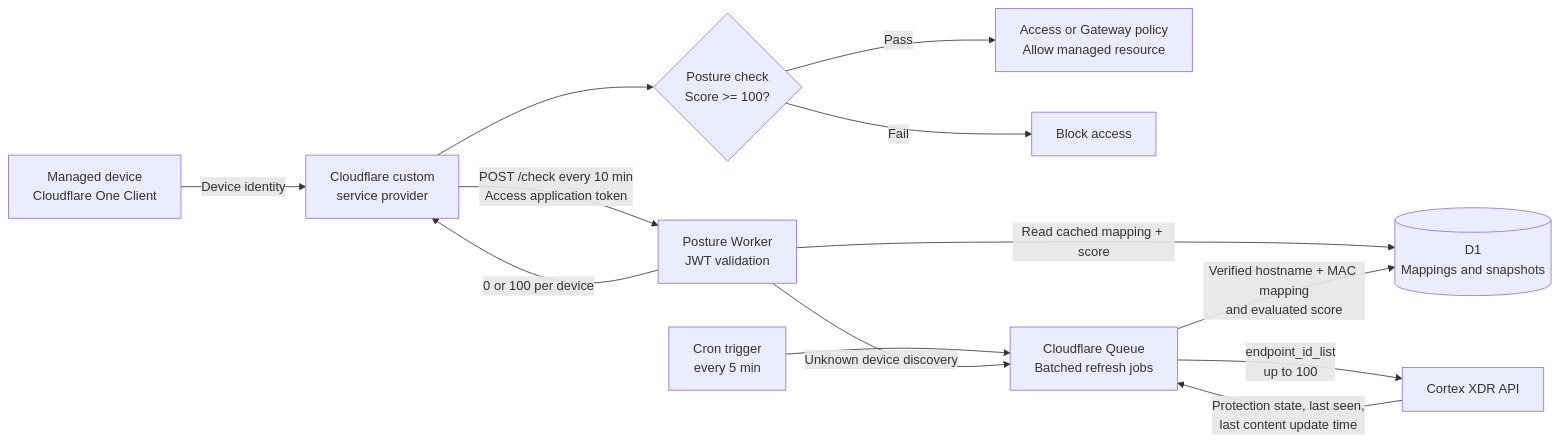
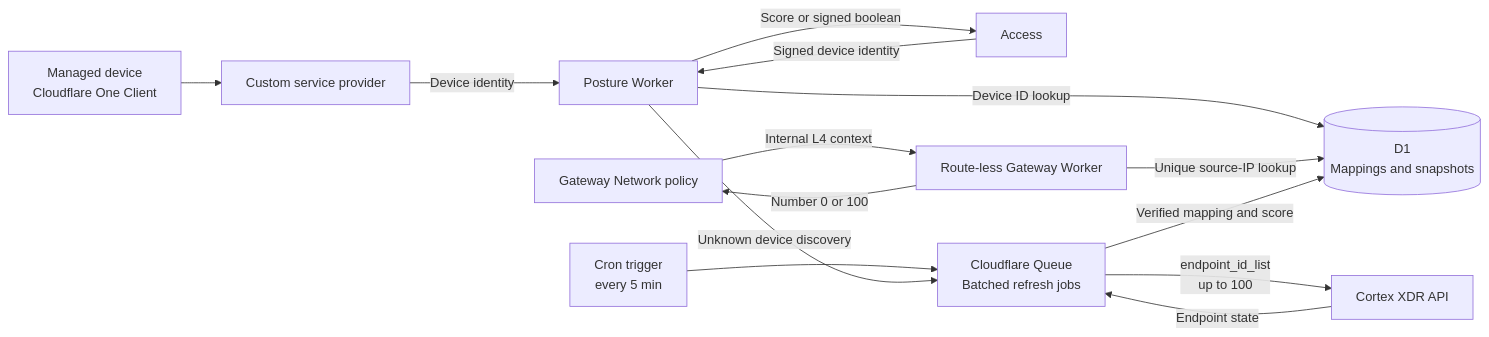
Before and after one commit to pongpisit/cloudflare-cortex-posture-worker: the diagram in docs/architecture.mmd, drawn with Mermaid. The commit also changed 17 other files, not shown here.

Commit message:
Add Access and Gateway posture adapters

```diff
--- a/docs/architecture.mmd
+++ b/docs/architecture.mmd
@@ -1,13 +1,14 @@
 flowchart LR
-  D[Managed device\nCloudflare One Client] -->|Device identity| CF[Cloudflare custom\nservice provider]
-  CF -->|POST /check every 10 min\nAccess application token| W[Posture Worker\nJWT validation]
-  W -->|Read cached mapping + score| DB[(D1\nMappings and snapshots)]
-  W -->|0 or 100 per device| CF
-  CF --> P{Posture check\nScore >= 100?}
-  P -->|Pass| A[Access or Gateway policy\nAllow managed resource]
-  P -->|Fail| B[Block access]
+  D[Managed device\nCloudflare One Client] --> CF[Custom service provider]
+  CF -->|Device identity| W[Posture Worker]
+  A[Access] -->|Signed device identity| W
+  G[Gateway Network policy] -->|Internal L4 context| GW[Route-less Gateway Worker]
+  W -->|Device ID lookup| DB[(D1\nMappings and snapshots)]
+  GW -->|Unique source-IP lookup| DB
+  W -->|Score or signed boolean| A
+  GW -->|Number 0 or 100| G
   CRON[Cron trigger\nevery 5 min] --> Q[Cloudflare Queue\nBatched refresh jobs]
   W -->|Unknown device discovery| Q
   Q -->|endpoint_id_list\nup to 100| X[Cortex XDR API]
-  X -->|Protection state, last seen,\nlast content update time| Q
-  Q -->|Verified hostname + MAC mapping\nand evaluated score| DB
+  X -->|Endpoint state| Q
+  Q -->|Verified mapping and score| DB
```
